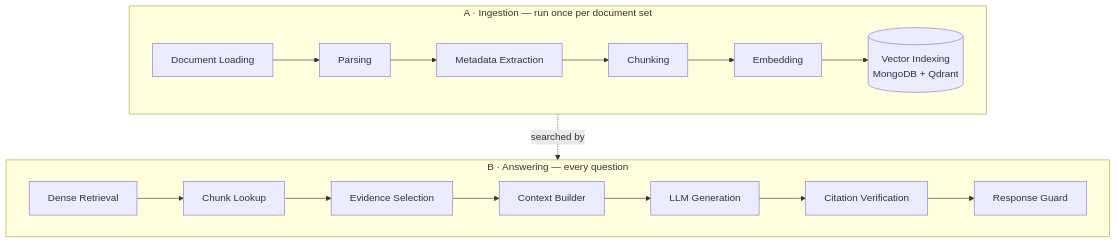
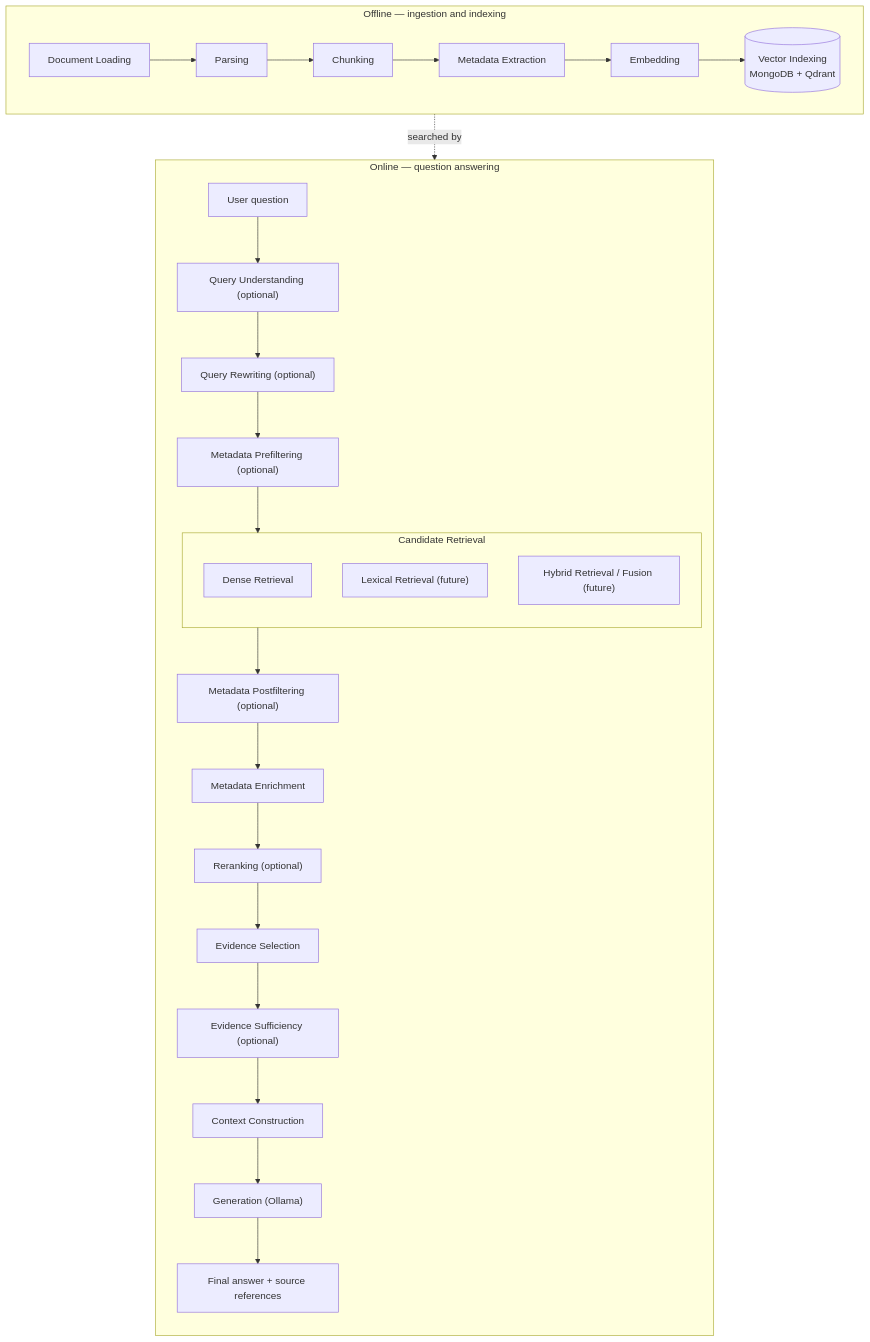
The first of 2 diagrams in docs/02_RAG_ARCHITECTURE.md (Jackson2706/RAG-Project-G5-HYU-E), drawn with Mermaid before and after one commit. The commit also changed other lines of this file and 109 other files, not shown here.

````diff
--- a/docs/02_RAG_ARCHITECTURE.md
+++ b/docs/02_RAG_ARCHITECTURE.md
@@ -14,12 +15,20 @@
 ```mermaid
 flowchart TB
-  subgraph A["A · Ingestion — run once per document set"]
+  subgraph OFF["Offline — ingestion and indexing"]
     direction LR
-    A1[Document Loading] --> A2[Parsing] --> A3[Metadata Extraction] --> A4[Chunking] --> A5[Embedding] --> A6[("Vector Indexing<br/>MongoDB + Qdrant")]
+    L[Document Loading] --> P[Parsing] --> C[Chunking] --> M[Metadata Extraction] --> E[Embedding] --> V[("Vector Indexing<br/>MongoDB + Qdrant")]
   end
-  subgraph B["B · Answering — every question"]
-    direction LR
-    B1[Dense Retrieval] --> B2[Chunk Lookup] --> B3[Evidence Selection] --> B4[Context Builder] --> B5[LLM Generation] --> B6[Citation Verification] --> B7[Response Guard]
+  subgraph ON["Online — question answering"]
+    direction TB
+    Q[User question] --> QU["Query Understanding (optional)"] --> QR["Query Rewriting (optional)"] --> PRE["Metadata Prefiltering (optional)"]
+    PRE --> CR
+    subgraph CR["Candidate Retrieval"]
+      DR[Dense Retrieval]
+      LR["Lexical Retrieval (future)"]
+      HF["Hybrid Retrieval / Fusion (future)"]
+    end
+    CR --> POST["Metadata Postfiltering (optional)"] --> EN[Metadata Enrichment] --> RR["Reranking (optional)"] --> ES[Evidence Selection]
+    ES --> SUF["Evidence Sufficiency (optional)"] --> CC[Context Construction] --> G["Generation (Ollama)"] --> A[Final answer + source references]
   end
-  A6 -. searched by .-> B1
+  V -. searched by .-> DR
 ```
````
